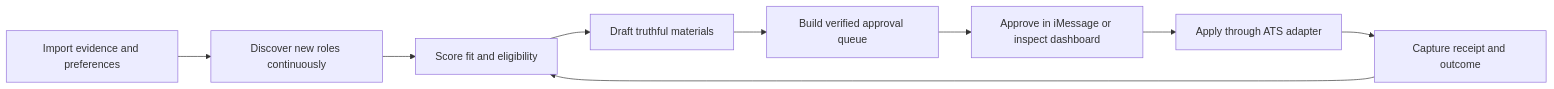
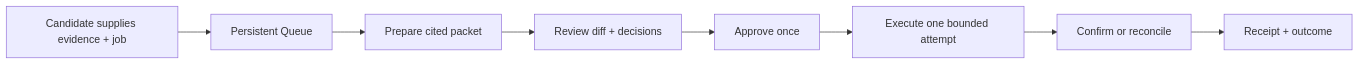
The diagram in docs/00-founder-brief.md (zackrichland/roledawn), drawn with Mermaid before and after one commit. The commit also changed other lines of this file and 122 other files, not shown here.

Commit message:
Build and accept the persistent application foundation

````diff
--- a/docs/00-founder-brief.md
+++ b/docs/00-founder-brief.md
@@ -41,11 +69,10 @@
 ```mermaid
 flowchart LR
-    I["Import evidence and preferences"] --> D["Discover new roles continuously"]
-    D --> F["Score fit and eligibility"]
-    F --> W["Draft truthful materials"]
-    W --> Q["Build verified approval queue"]
-    Q --> M["Approve in iMessage or inspect dashboard"]
-    M --> A["Apply through ATS adapter"]
-    A --> R["Capture receipt and outcome"]
-    R --> F
+    U["Candidate supplies evidence + job"] --> Q["Persistent Queue"]
+    Q --> P["Prepare cited packet"]
+    P --> R["Review diff + decisions"]
+    R --> A["Approve once"]
+    A --> E["Execute one bounded attempt"]
+    E --> C["Confirm or reconcile"]
+    C --> O["Receipt + outcome"]
 ```
````
